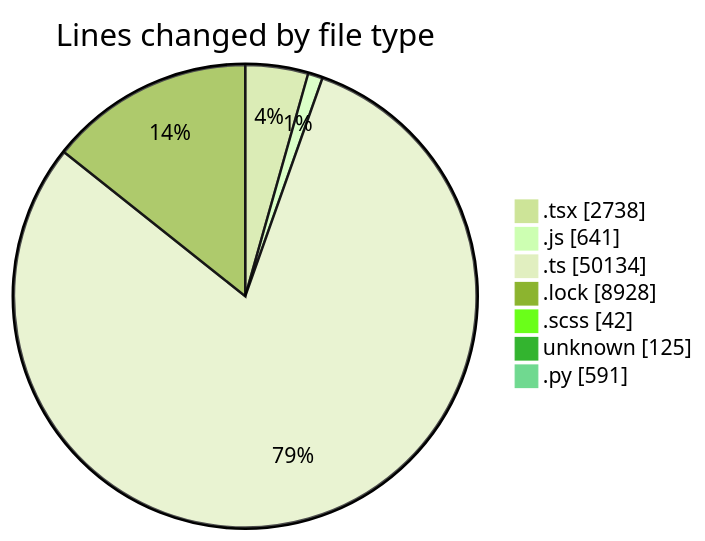
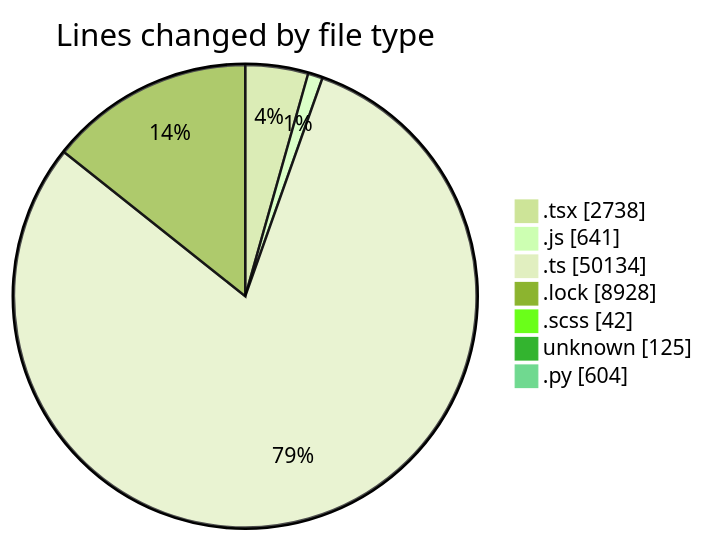
One commit to momahboobian/code-tracking changed the first of 2 diagrams in 2026-09-16/cda/README.md. Above: the diagram before and after it, drawn with Mermaid (forest theme). The commit also changed other lines of this file and 1 other file, not shown here.

````diff
--- a/2026-09-16/cda/README.md
+++ b/2026-09-16/cda/README.md
@@ -62,11 +62,11 @@
 ```mermaid
 pie showData
 title Lines changed by file type
 ".tsx" : 2738
 ".js" : 641
 ".ts" : 50134
 ".lock" : 8928
 ".scss" : 42
 "unknown" : 125
-".py" : 591
+".py" : 604
 ```
````
